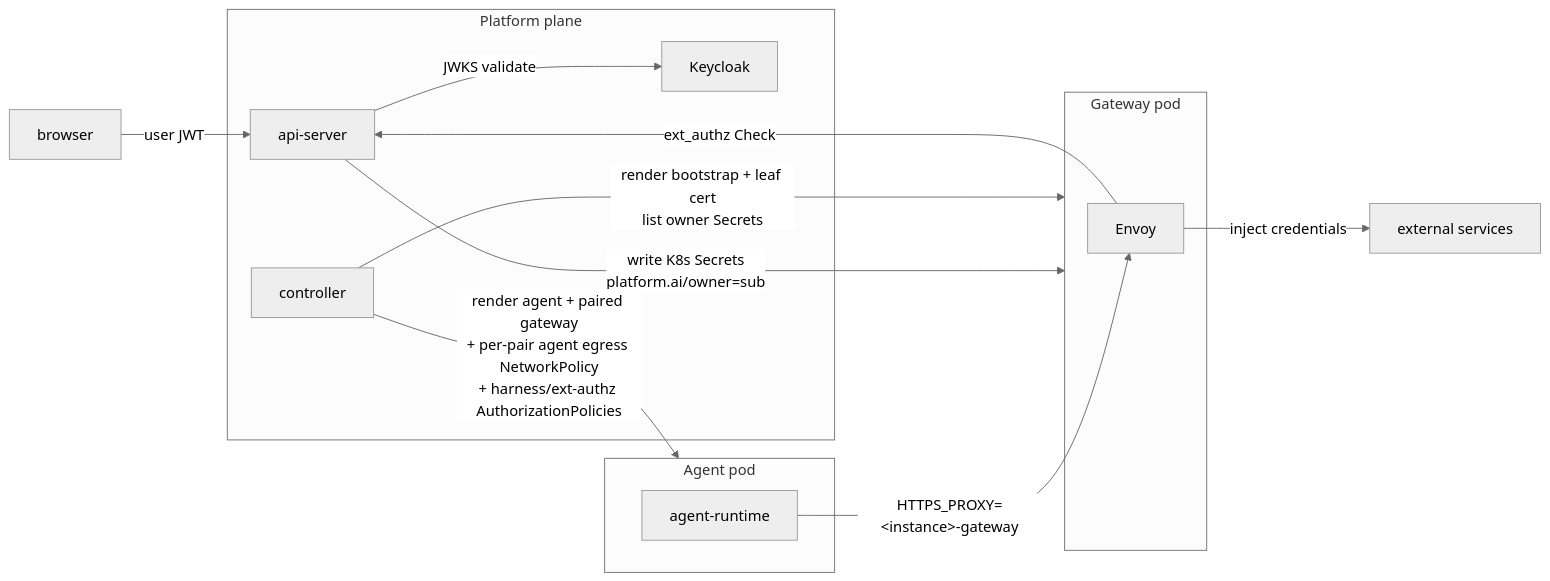
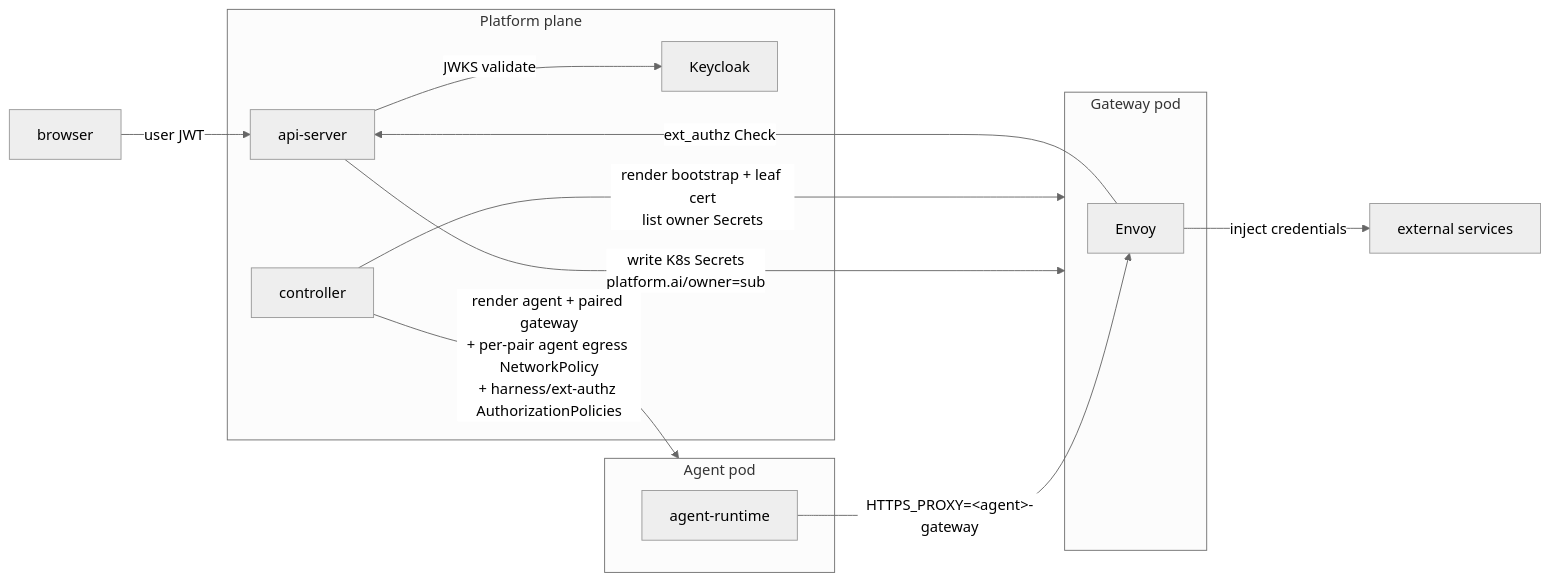
One commit to subbyte/dam changed the diagram in docs/architecture/security-and-credentials.md. Above: the diagram before and after it, drawn with Mermaid (neutral theme). The commit also changed other lines of this file and 287 other files, not shown here.

Commit message:
refactor: eliminate Instance, collapse into Agent (ADR-046) (#302)

````diff
--- a/docs/architecture/security-and-credentials.md
+++ b/docs/architecture/security-and-credentials.md
@@ -57,31 +58,31 @@
 ```mermaid
 flowchart LR
   browser[browser]
 
   subgraph platform[Platform plane]
     api-server
     controller
     keycloak[Keycloak]
   end
 
   subgraph agentpod[Agent pod]
     agent-runtime
   end
 
   subgraph gatewaypod[Gateway pod]
     envoy[Envoy]
   end
 
   external[external services]
 
   browser -->|user JWT| api-server
   api-server -->|JWKS validate| keycloak
 
   api-server -->|write K8s Secrets<br/>platform.ai/owner=sub| gatewaypod
   controller -->|render bootstrap + leaf cert<br/>list owner Secrets| gatewaypod
   controller -->|render agent + paired gateway<br/>+ per-pair agent egress NetworkPolicy<br/>+ harness/ext-authz AuthorizationPolicies| agentpod
 
-  agent-runtime -->|HTTPS_PROXY=&lt;instance&gt;-gateway| envoy
+  agent-runtime -->|HTTPS_PROXY=&lt;agent&gt;-gateway| envoy
   envoy -->|ext_authz Check| api-server
   envoy -->|inject credentials| external
 ```
````
